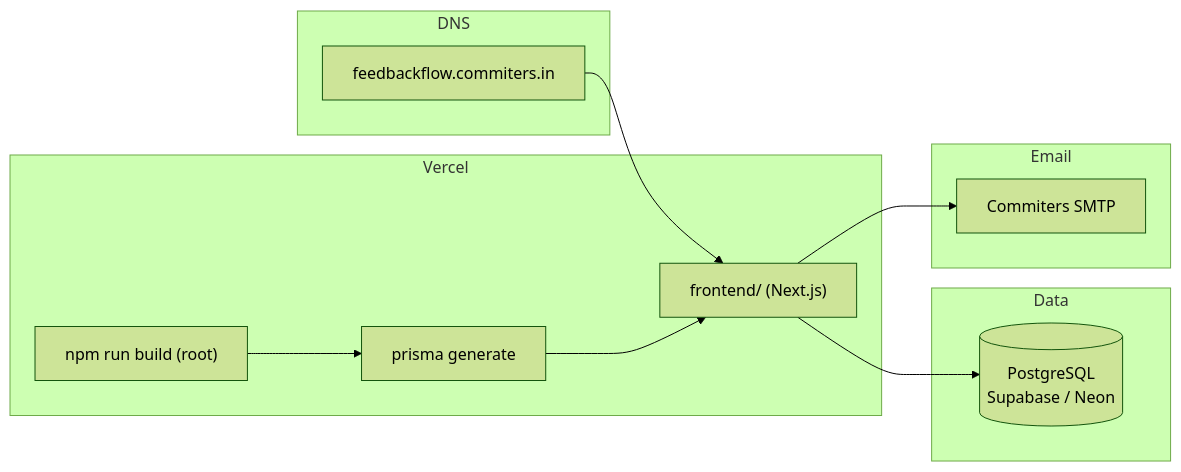
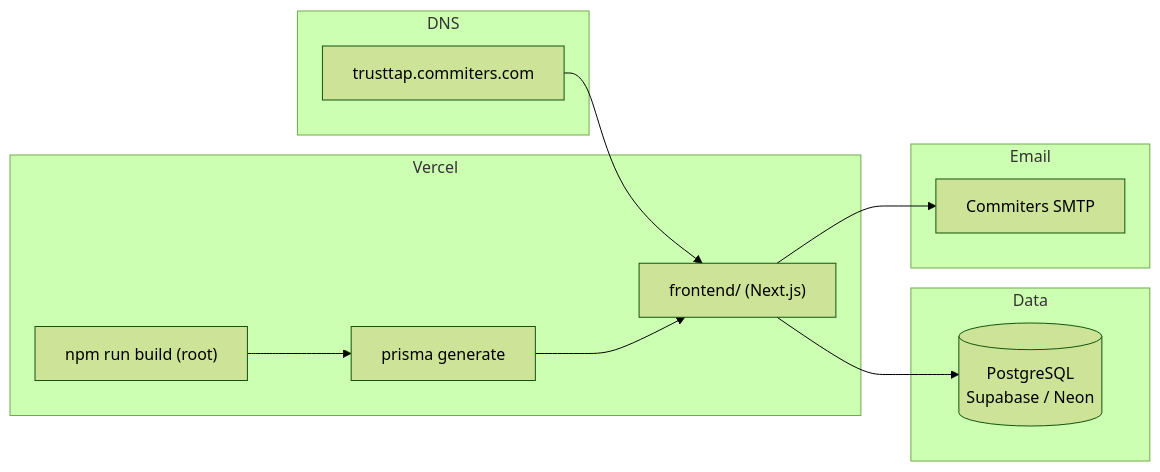
The sixth of 6 diagrams in docs/PHASE_1_ARCHITECTURE.md (niteshrav/GoogleReviewQR), drawn with Mermaid (forest theme) before and after one commit. The commit also changed other lines of this file and 16 other files, not shown here.

First line of the commit message:
Prepare TrustTap for deploy on trusttap.commiters.com.

````diff
--- a/docs/PHASE_1_ARCHITECTURE.md
+++ b/docs/PHASE_1_ARCHITECTURE.md
@@ -335,25 +338,25 @@
 ```mermaid
 flowchart LR
     subgraph DNS
-        CNAME["feedbackflow.commiters.in"]
+        CNAME["trusttap.commiters.com"]
     end
 
     subgraph Vercel
         FE["frontend/ (Next.js)"]
         Build["npm run build (root)"]
         Prisma["prisma generate"]
     end
 
     subgraph Data
         PG[(PostgreSQL<br/>Supabase / Neon)]
     end
 
     subgraph Email
         SMTP[Commiters SMTP]
     end
 
     CNAME --> FE
     Build --> Prisma --> FE
     FE --> PG
     FE --> SMTP
 ```
````
